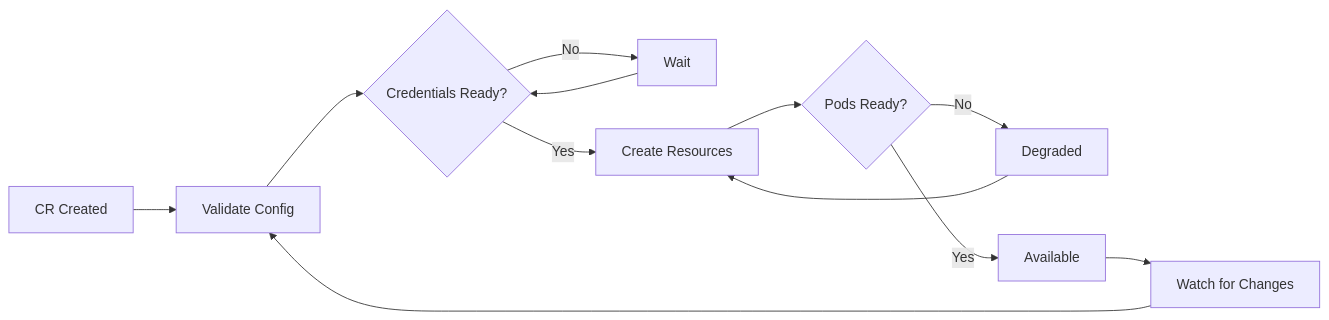
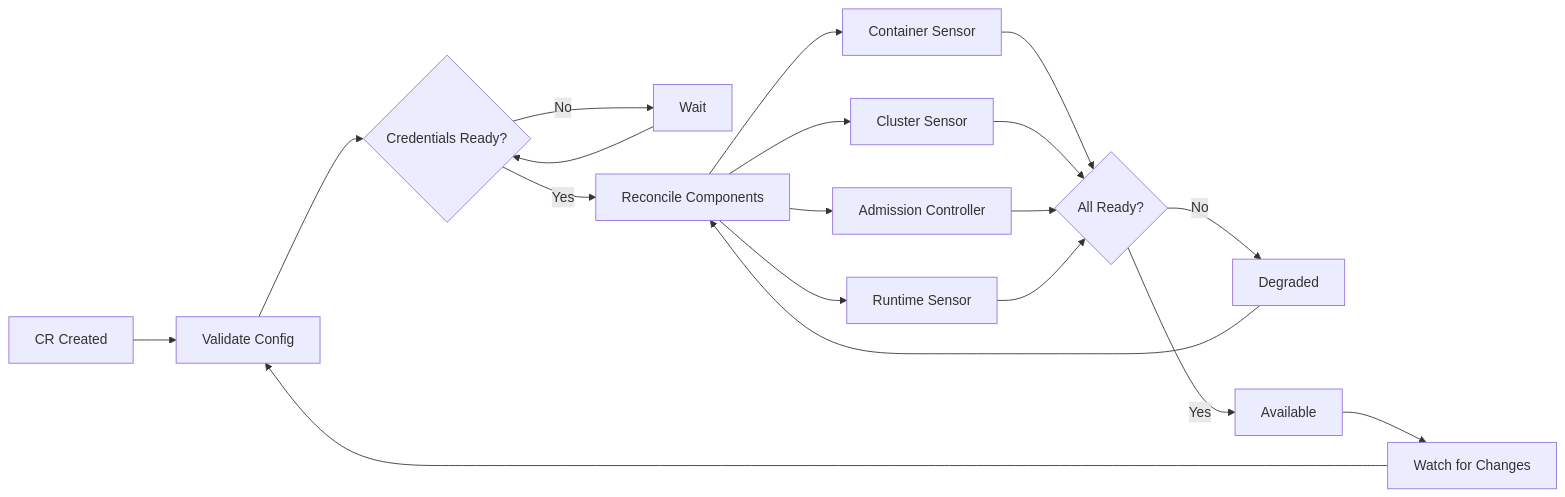
Before and after one commit to nelssec/qualys-nanny: the ninth of 12 diagrams in docs/blog.md, drawn with Mermaid. The commit also changed other lines of this file and 10 other files, not shown here.

````diff
--- a/docs/blog.md
+++ b/docs/blog.md
@@ -308,14 +380,21 @@
 ```mermaid
 flowchart LR
     A[CR Created] --> B[Validate Config]
     B --> C{Credentials Ready?}
     C -->|No| D[Wait]
     D --> C
-    C -->|Yes| E[Create Resources]
-    E --> F{Pods Ready?}
-    F -->|No| G[Degraded]
-    F -->|Yes| H[Available]
-    G --> E
-    H --> I[Watch for Changes]
-    I --> B
+    C -->|Yes| E[Reconcile Components]
+    E --> F[Container Sensor]
+    E --> G[Cluster Sensor]
+    E --> H[Admission Controller]
+    E --> I[Runtime Sensor]
+    F --> J{All Ready?}
+    G --> J
+    H --> J
+    I --> J
+    J -->|No| K[Degraded]
+    J -->|Yes| L[Available]
+    K --> E
+    L --> M[Watch for Changes]
+    M --> B
 ```
````
